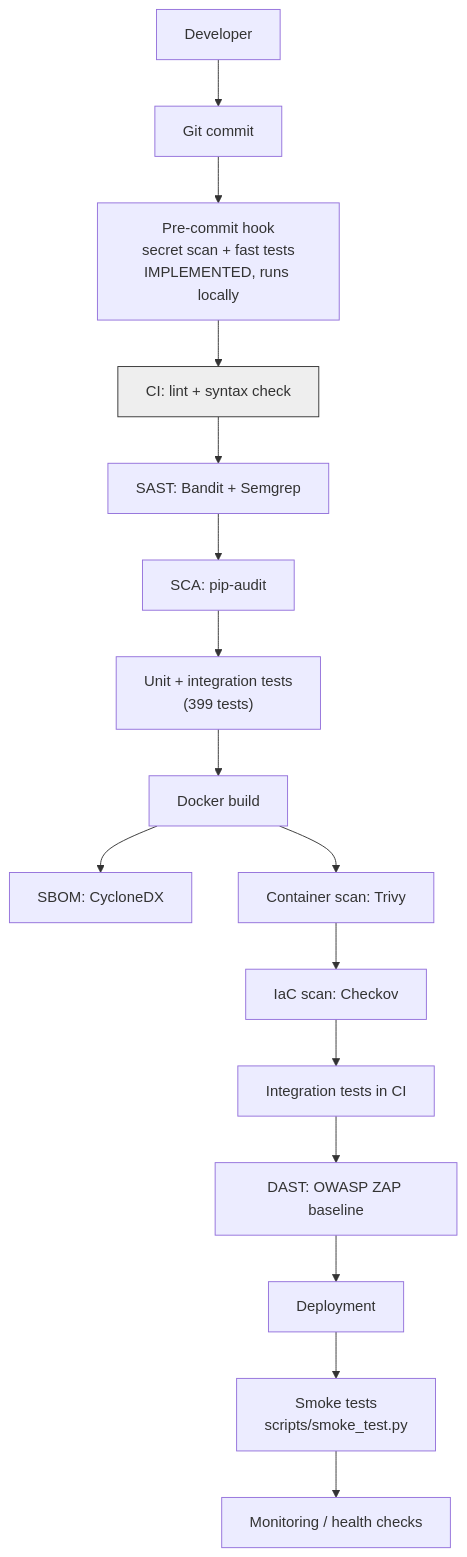
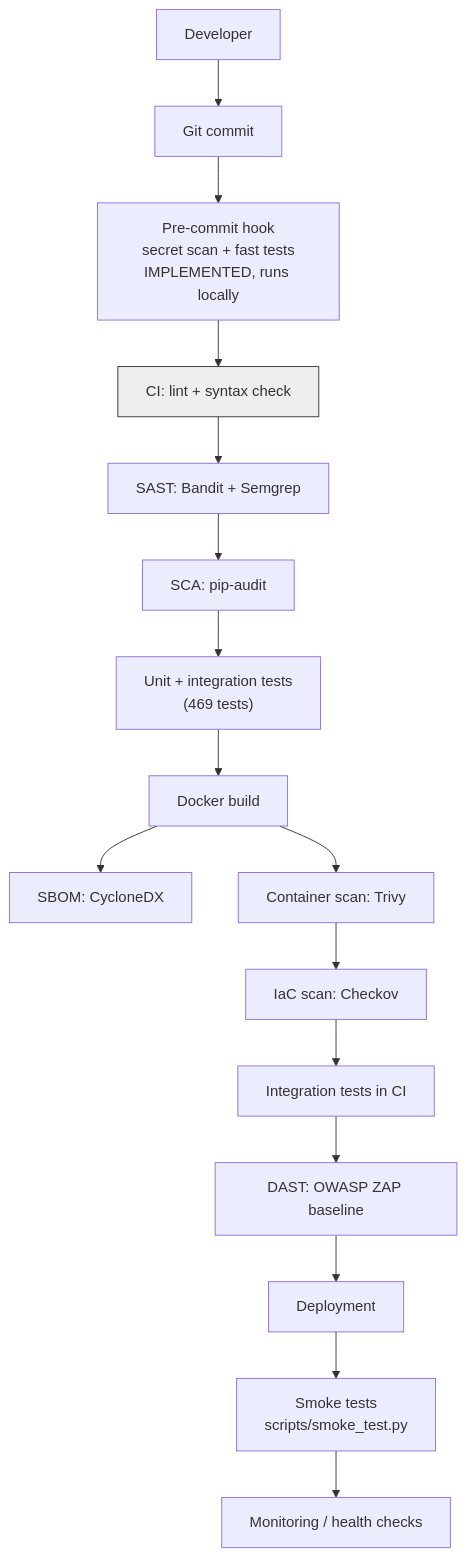
The diagram in docs/diagrams/devsecops-pipeline.mmd (bilalwaheed24/Implementing-Advanced-Agricultural-Platform), drawn with Mermaid before and after one commit. The commit also changed 4 other files, not shown here.

```diff
--- a/docs/diagrams/devsecops-pipeline.mmd
+++ b/docs/diagrams/devsecops-pipeline.mmd
@@ -1,26 +1,26 @@
 %% DevSecOps Pipeline — Diagram 11. Source: .github/workflows/ci.yml, security.yml.
 %% IMPLEMENTED and VERIFIED GREEN on GitHub-hosted runners (commit d3c1c60, 2026-09-17).
 %% CI: iac-scan, lint-and-test, build-and-scan-image all pass.
 %% Security: secret-scan, smart-contract-tests, dast (OWASP ZAP) all pass.
 %% Getting there required four real fixes: three dead action pins, Semgrep moved to the
 %% maintained PyPI CLI, the SBOM action updated off the retired artifact API, and the ZAP
 %% rules file given its required third column. See EXAM-LIMITATIONS.md §2.1 for the
 %% residual container-scan risk.
 flowchart TB
     Dev["Developer"] --> Git["Git commit"]
     Git --> PreCommit["Pre-commit hook\nsecret scan + fast tests\nIMPLEMENTED, runs locally"]
     PreCommit --> CI["CI: lint + syntax check"]
     CI --> SAST["SAST: Bandit + Semgrep"]
     SAST --> SCA["SCA: pip-audit"]
-    SCA --> UnitTests["Unit + integration tests\n(399 tests)"]
+    SCA --> UnitTests["Unit + integration tests\n(469 tests)"]
     UnitTests --> Build["Docker build"]
     Build --> SBOM["SBOM: CycloneDX"]
     Build --> ContainerScan["Container scan: Trivy"]
     ContainerScan --> IaC["IaC scan: Checkov"]
     IaC --> IntegrationCI["Integration tests in CI"]
     IntegrationCI --> DAST["DAST: OWASP ZAP baseline"]
     DAST --> Deploy["Deployment"]
     Deploy --> Smoke["Smoke tests\nscripts/smoke_test.py"]
     Smoke --> Monitor["Monitoring / health checks"]
 
     style CI fill:#eee,stroke:#333
```
